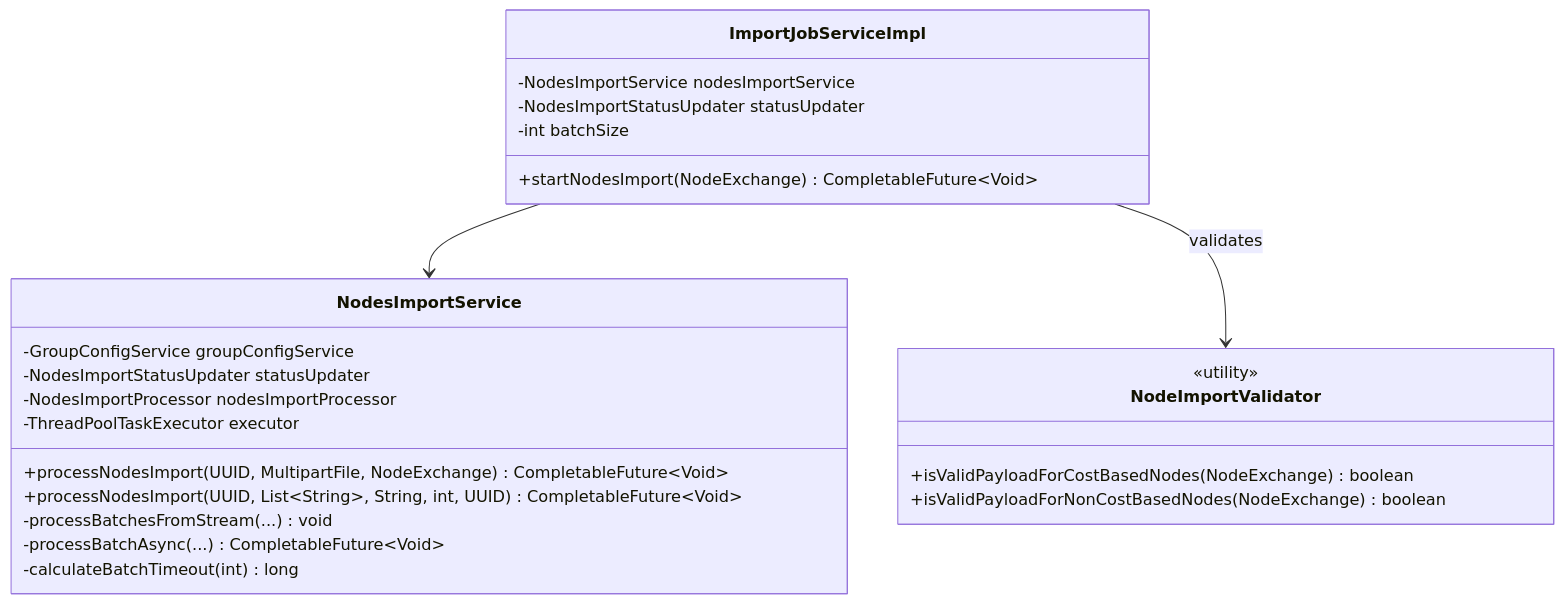
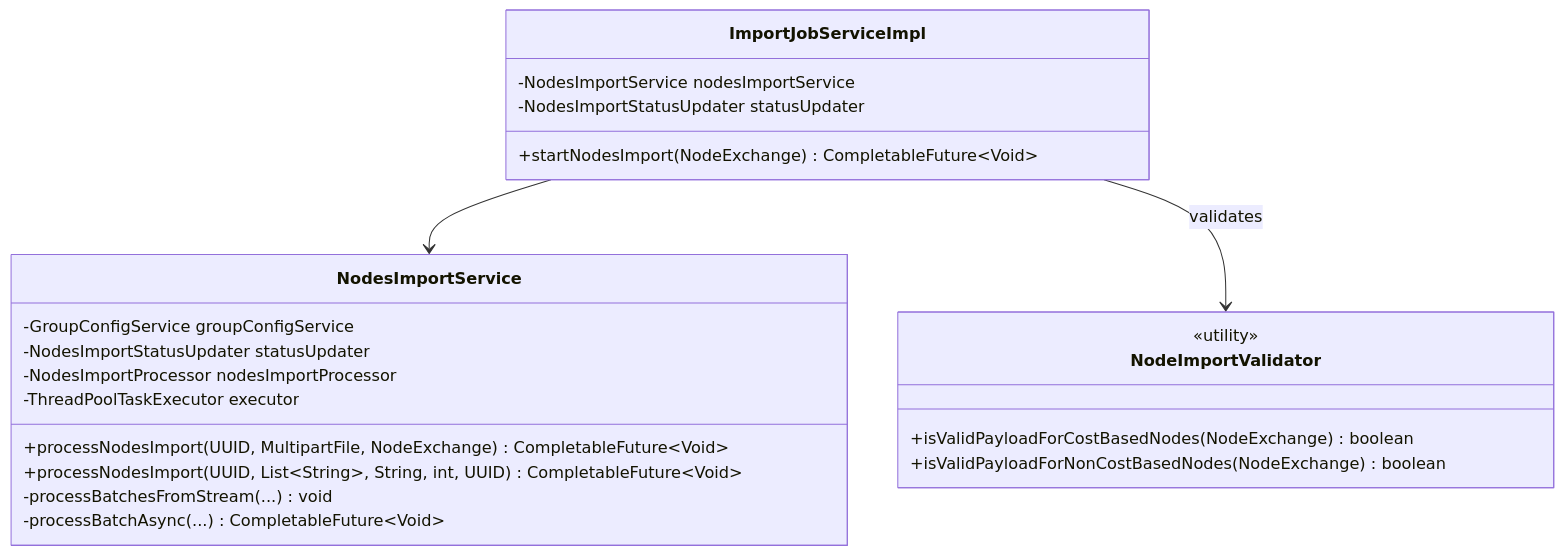
The eighth of 27 diagrams in docs/Low Level Designs/NodesImport.md (kagit00/schedule_x), drawn with Mermaid before and after one commit. The commit also changed other lines of this file and 7 other files, not shown here.

````diff
--- a/docs/Low Level Designs/NodesImport.md
+++ b/docs/Low Level Designs/NodesImport.md
@@ -364,30 +305,28 @@
 ```mermaid
 classDiagram
     class ImportJobServiceImpl {
         -NodesImportService nodesImportService
         -NodesImportStatusUpdater statusUpdater
-        -int batchSize
         +startNodesImport(NodeExchange) CompletableFuture~Void~
     }
     
     class NodesImportService {
         -GroupConfigService groupConfigService
         -NodesImportStatusUpdater statusUpdater
         -NodesImportProcessor nodesImportProcessor
         -ThreadPoolTaskExecutor executor
         +processNodesImport(UUID, MultipartFile, NodeExchange) CompletableFuture~Void~
         +processNodesImport(UUID, List~String~, String, int, UUID) CompletableFuture~Void~
         -processBatchesFromStream(...) void
         -processBatchAsync(...) CompletableFuture~Void~
-        -calculateBatchTimeout(int) long
     }
     
     class NodeImportValidator {
         <<utility>>
         +isValidPayloadForCostBasedNodes(NodeExchange) boolean
         +isValidPayloadForNonCostBasedNodes(NodeExchange) boolean
     }
     
     ImportJobServiceImpl --> NodesImportService
     ImportJobServiceImpl --> NodeImportValidator : validates
 ```
````
